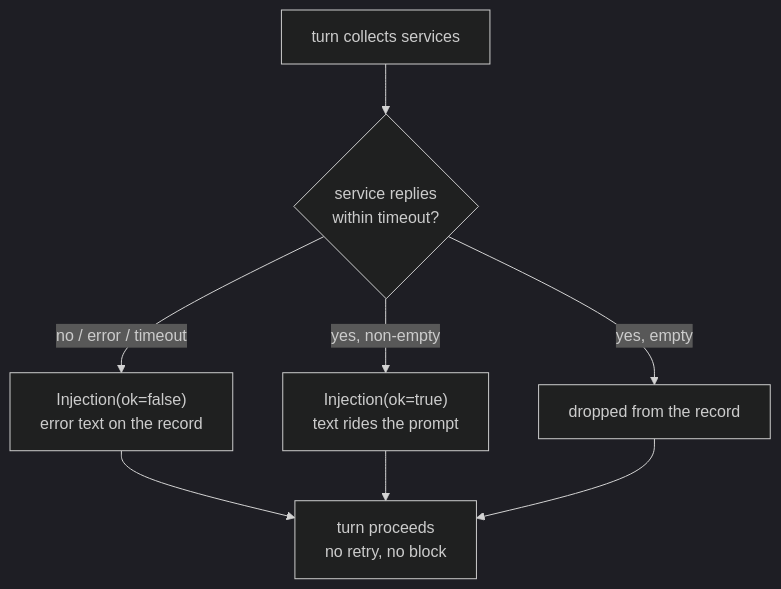
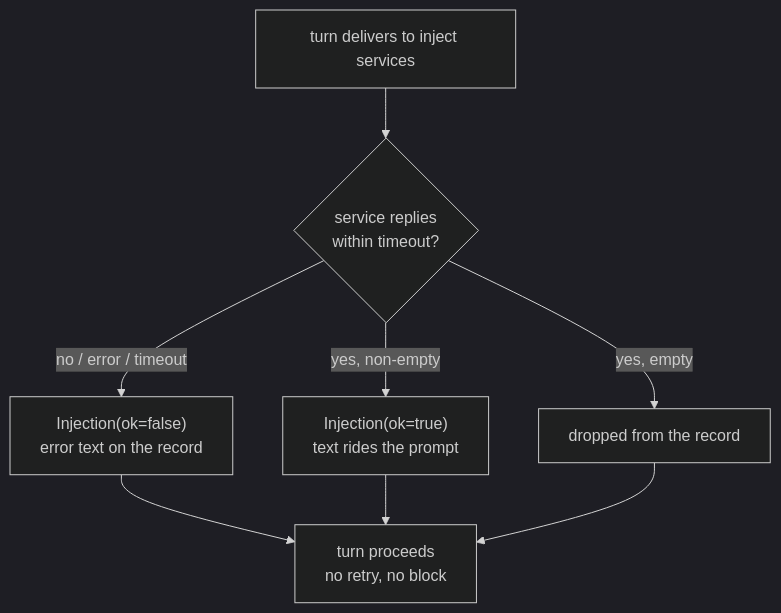
The third of 3 diagrams in docs/for-service-authors/injection-service.md (DarkSpaceY/NAN-itself), drawn with Mermaid (dark theme) before and after one commit. The commit also changed other lines of this file and 21 other files, not shown here.

````diff
--- a/docs/for-service-authors/injection-service.md
+++ b/docs/for-service-authors/injection-service.md
@@ -217,10 +239,10 @@
 ```mermaid
 flowchart TD
-    R["turn collects services"] --> OK{"service replies<br/>within timeout?"}
+    R["turn delivers to inject services"] --> OK{"service replies<br/>within timeout?"}
     OK -->|"yes, non-empty"| C["Injection(ok=true)<br/>text rides the prompt"]
     OK -->|"yes, empty"| N["dropped from the record"]
     OK -->|"no / error / timeout"| E["Injection(ok=false)<br/>error text on the record"]
     E --> NEXT["turn proceeds<br/>no retry, no block"]
     C --> NEXT
     N --> NEXT
 ```
````
